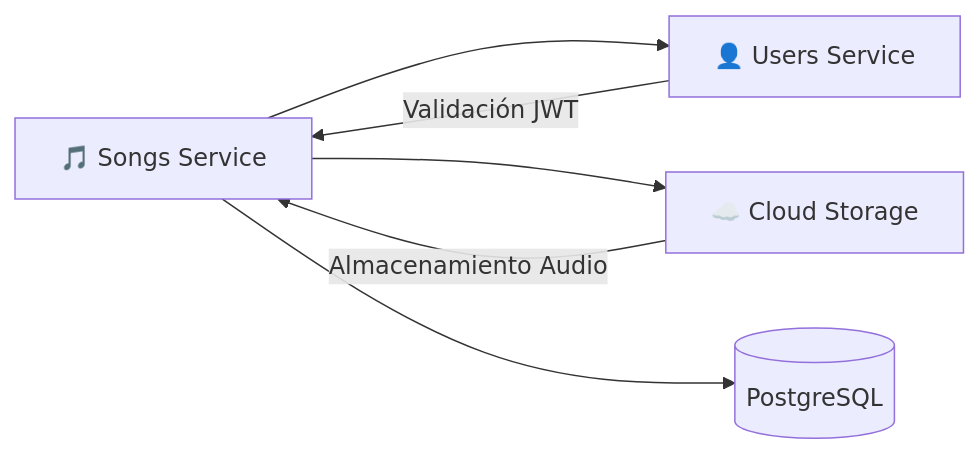
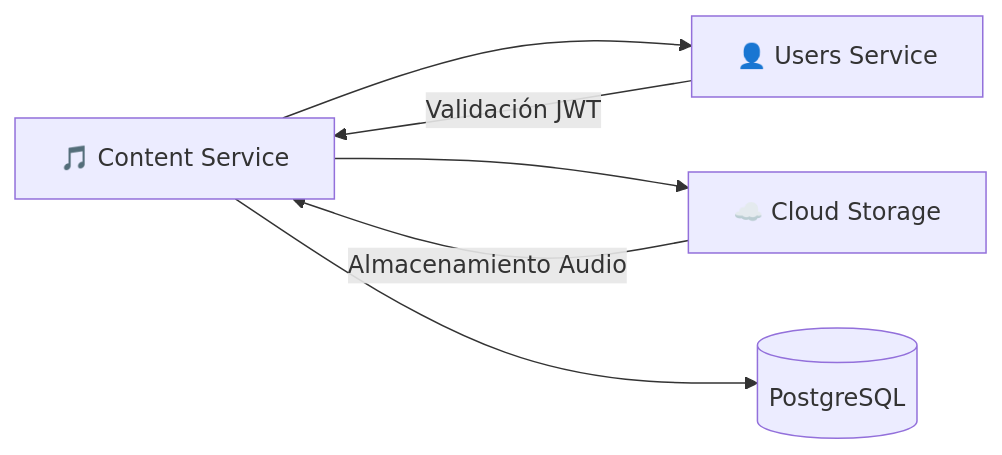
One commit to Melodia-FIUBA/docs changed the diagram in docs/services/songs-service.md. Above: the diagram before and after it, drawn with Mermaid. The commit also changed other lines of this file and 9 other files, not shown here.

Commit message:
change songs service for content service

````diff
--- a/docs/services/songs-service.md
+++ b/docs/services/songs-service.md
@@ -11,11 +11,11 @@
 ```mermaid
 graph LR
-    Songs[🎵 Songs Service]
+    Songs[🎵 Content Service]
 
     Songs --> Users[👤 Users Service]
     Songs --> GCS[☁️ Cloud Storage]
     Songs --> DB[(PostgreSQL)]
 
     Users --> |Validación JWT| Songs
     GCS --> |Almacenamiento Audio| Songs
 ```
````
